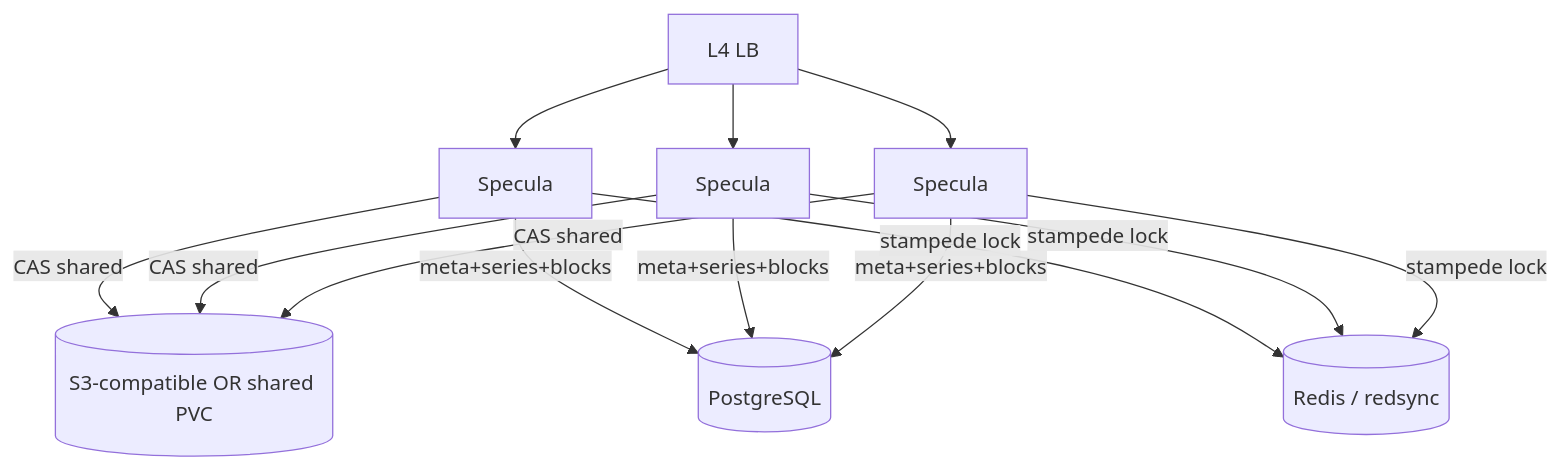
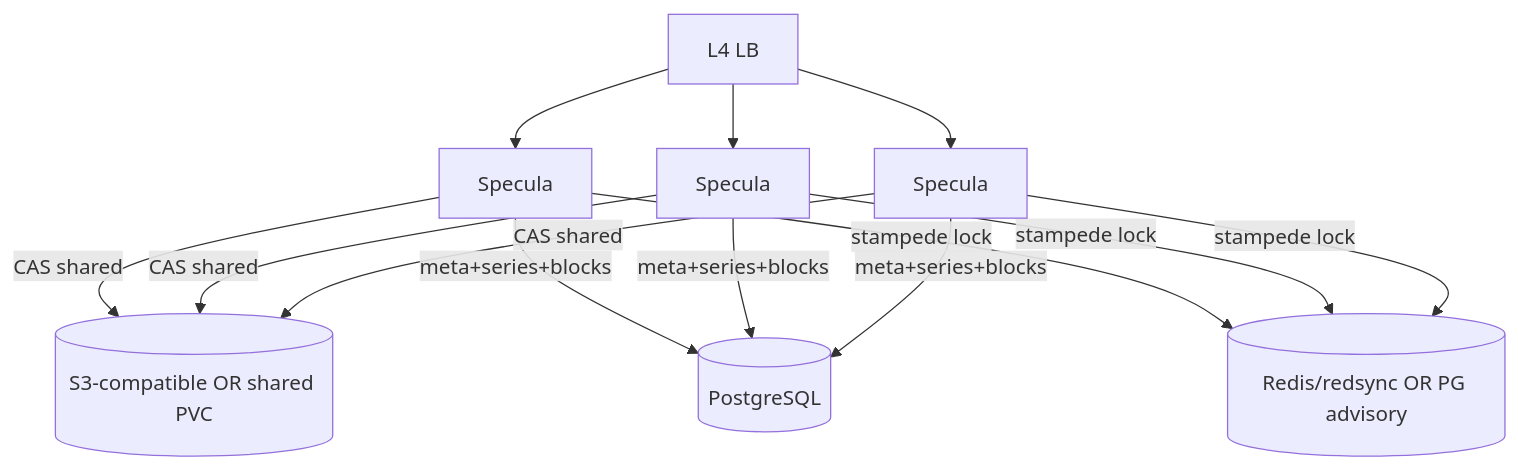
The tenth of 10 diagrams in docs/ARCHITECTURE.md (ivanzzeth/specula), drawn with Mermaid before and after one commit. The commit also changed other lines of this file and 11 other files, not shown here.

````diff
--- a/docs/ARCHITECTURE.md
+++ b/docs/ARCHITECTURE.md
@@ -486,7 +491,7 @@
 ```mermaid
 graph TB
     lb[L4 LB] --> s1[Specula] & s2[Specula] & s3[Specula]
     s1 & s2 & s3 -->|CAS shared| cas[(S3-compatible OR shared PVC)]
     s1 & s2 & s3 -->|meta+series+blocks| pg[(PostgreSQL)]
-    s1 & s2 & s3 -->|stampede lock| redis[(Redis / redsync)]
+    s1 & s2 & s3 -->|stampede lock| lock[(Redis/redsync OR PG advisory)]
 ```
````
